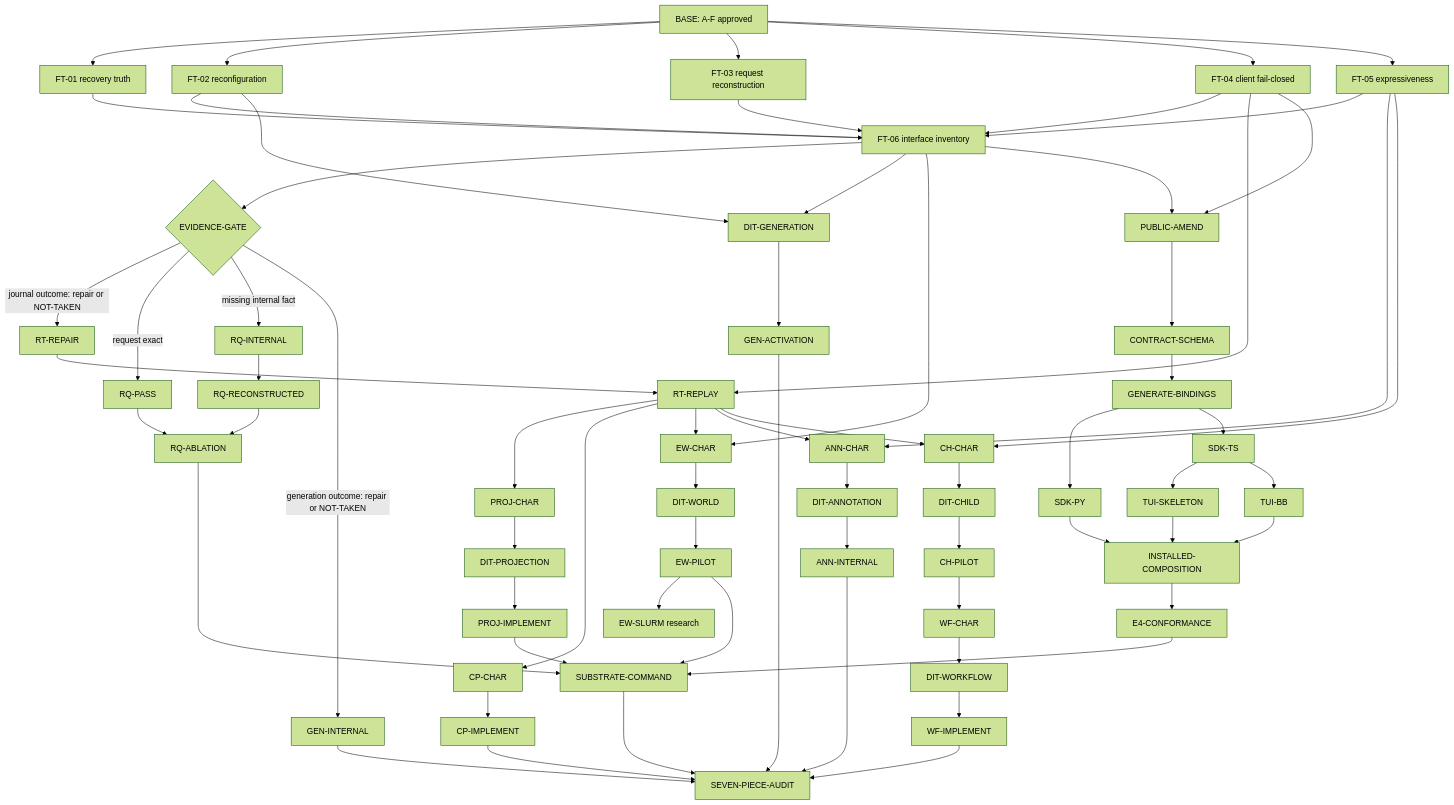
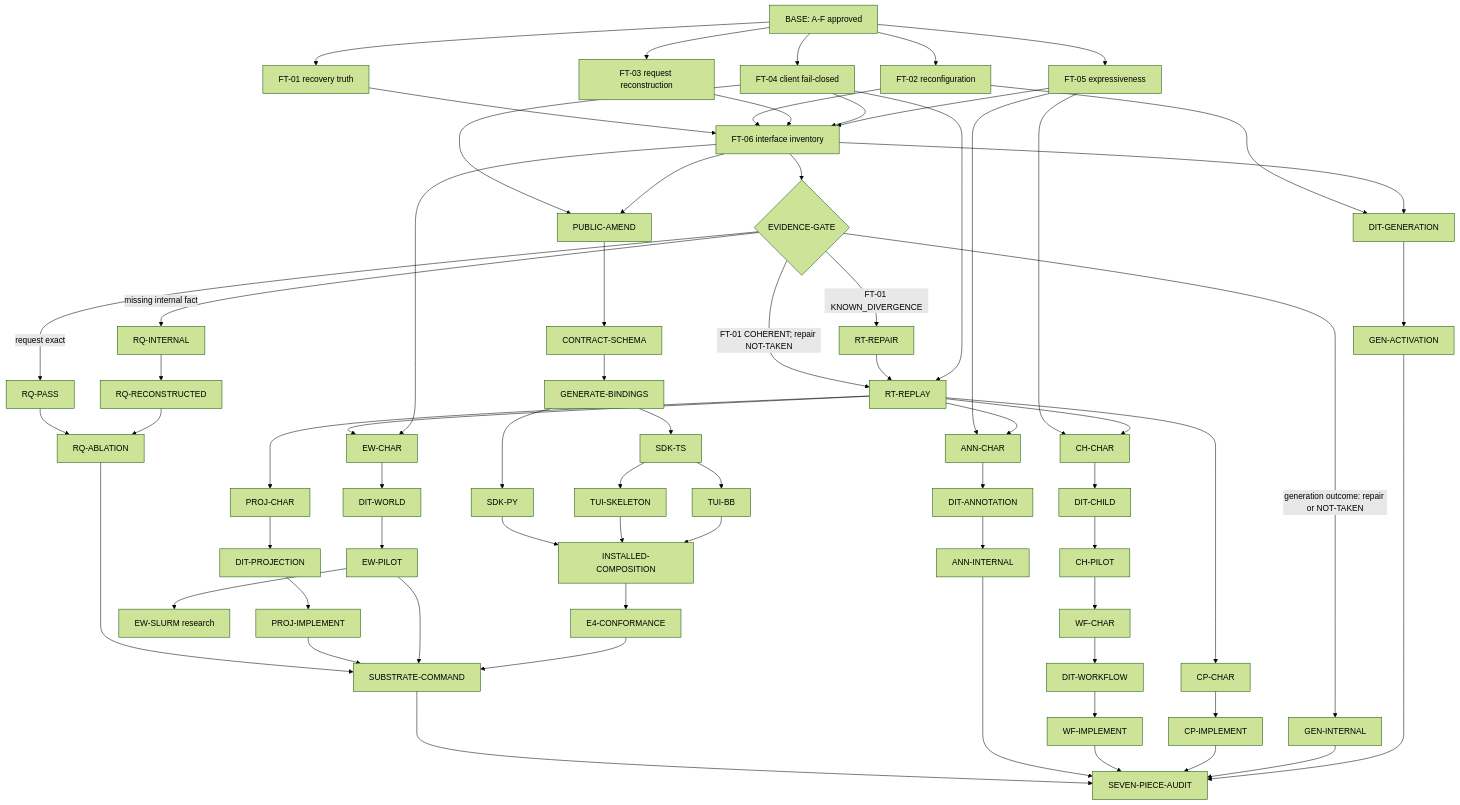
The diagram in docs/plans/dsh_donor_campaign/evidence/06_PROMOTED_WORKSTREAM_DAG.md (kmccleary3301/breadboard), drawn with Mermaid (forest theme) before and after one commit. The commit also changed other lines of this file and 6 other files, not shown here.

````diff
--- a/docs/plans/dsh_donor_campaign/evidence/06_PROMOTED_WORKSTREAM_DAG.md
+++ b/docs/plans/dsh_donor_campaign/evidence/06_PROMOTED_WORKSTREAM_DAG.md
@@ -100,77 +100,78 @@
 ```mermaid
 graph TD
   B[BASE: A-F approved] --> F1[FT-01 recovery truth]
   B --> F2[FT-02 reconfiguration]
   B --> F3[FT-03 request reconstruction]
   B --> F4[FT-04 client fail-closed]
   B --> F5[FT-05 expressiveness]
   F1 --> F6[FT-06 interface inventory]
   F2 --> F6
   F3 --> F6
   F4 --> F6
   F5 --> F6
   F6 --> G{EVIDENCE-GATE}
 
-  G -->|journal outcome: repair or NOT-TAKEN| RR[RT-REPAIR]
-  RR --> RP[RT-REPLAY]
+  G -->|FT-01 KNOWN_DIVERGENCE| RR[RT-REPAIR]
+  G -->|FT-01 COHERENT; repair NOT-TAKEN| RP[RT-REPLAY]
+  RR --> RP
   F4 --> RP
   RP --> PC[PROJ-CHAR]
   PC --> DP[DIT-PROJECTION]
   DP --> PI[PROJ-IMPLEMENT]
 
   G -->|request exact| RQP[RQ-PASS]
   G -->|missing internal fact| RQI[RQ-INTERNAL]
   RQI --> RQR[RQ-RECONSTRUCTED]
   RQP --> RQA[RQ-ABLATION]
   RQR --> RQA
 
   G -->|generation outcome: repair or NOT-TAKEN| GI[GEN-INTERNAL]
   F2 --> DG[DIT-GENERATION]
   F6 --> DG
   DG --> GA[GEN-ACTIVATION]
 
   RP --> CC[CP-CHAR]
   CC --> CI[CP-IMPLEMENT]
   RP --> EC[EW-CHAR]
   F6 --> EC
   EC --> DE[DIT-WORLD]
   DE --> EP[EW-PILOT]
   EP --> ES[EW-SLURM research]
 
   F5 --> AC[ANN-CHAR]
   RP --> AC
   AC --> DA[DIT-ANNOTATION]
   DA --> AI[ANN-INTERNAL]
 
   F5 --> HC[CH-CHAR]
   RP --> HC
   HC --> DH[DIT-CHILD]
   DH --> HP[CH-PILOT]
   HP --> WC[WF-CHAR]
   WC --> DW[DIT-WORKFLOW]
   DW --> WI[WF-IMPLEMENT]
 
   F4 --> PA[PUBLIC-AMEND]
   F6 --> PA
   PA --> CS[CONTRACT-SCHEMA]
   CS --> GB[GENERATE-BINDINGS]
   GB --> PY[SDK-PY]
   GB --> TS[SDK-TS]
   TS --> TU1[TUI-SKELETON]
   TS --> TU2[TUI-BB]
   PY --> IC[INSTALLED-COMPOSITION]
   TU1 --> IC
   TU2 --> IC
   IC --> E4[E4-CONFORMANCE]
 
   RQA --> SC[SUBSTRATE-COMMAND]
   PI --> SC
   EP --> SC
   E4 --> SC
   SC --> SA[SEVEN-PIECE-AUDIT]
   AI --> SA
   WI --> SA
   CI --> SA
   GI --> SA
   GA --> SA
 ```
````
